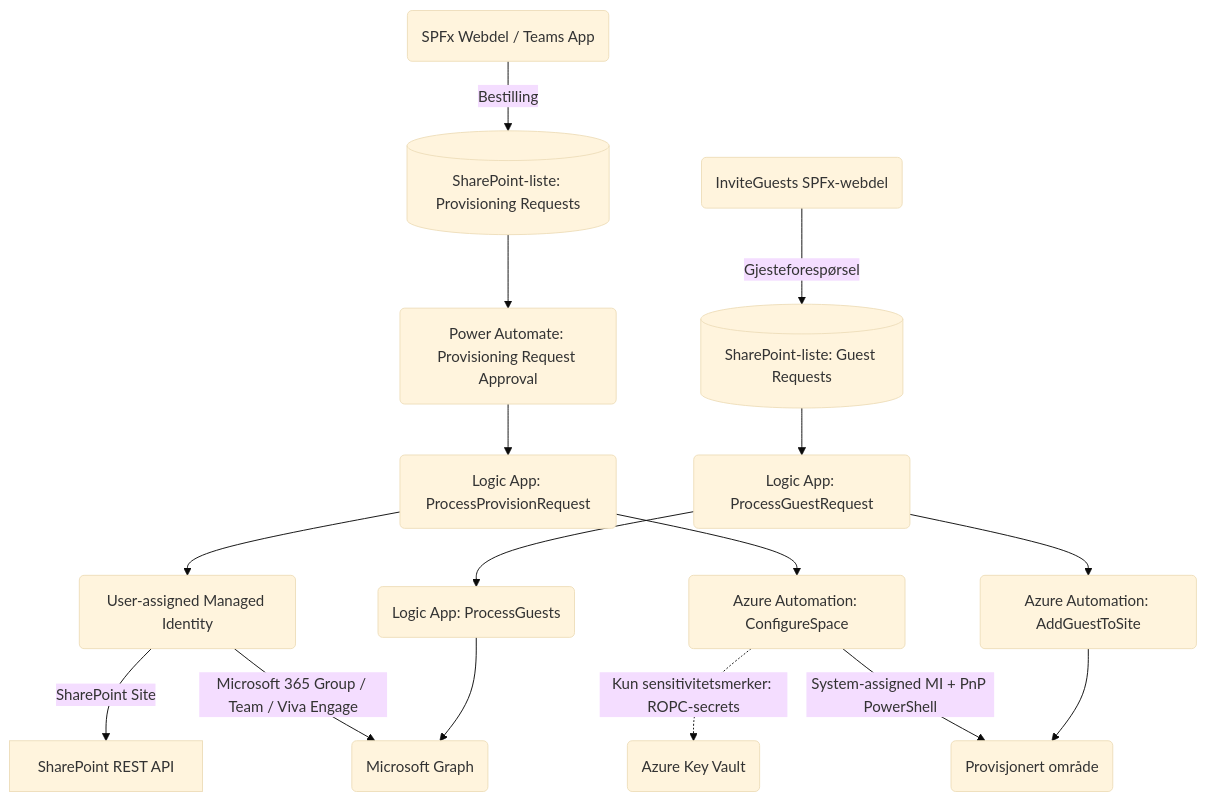
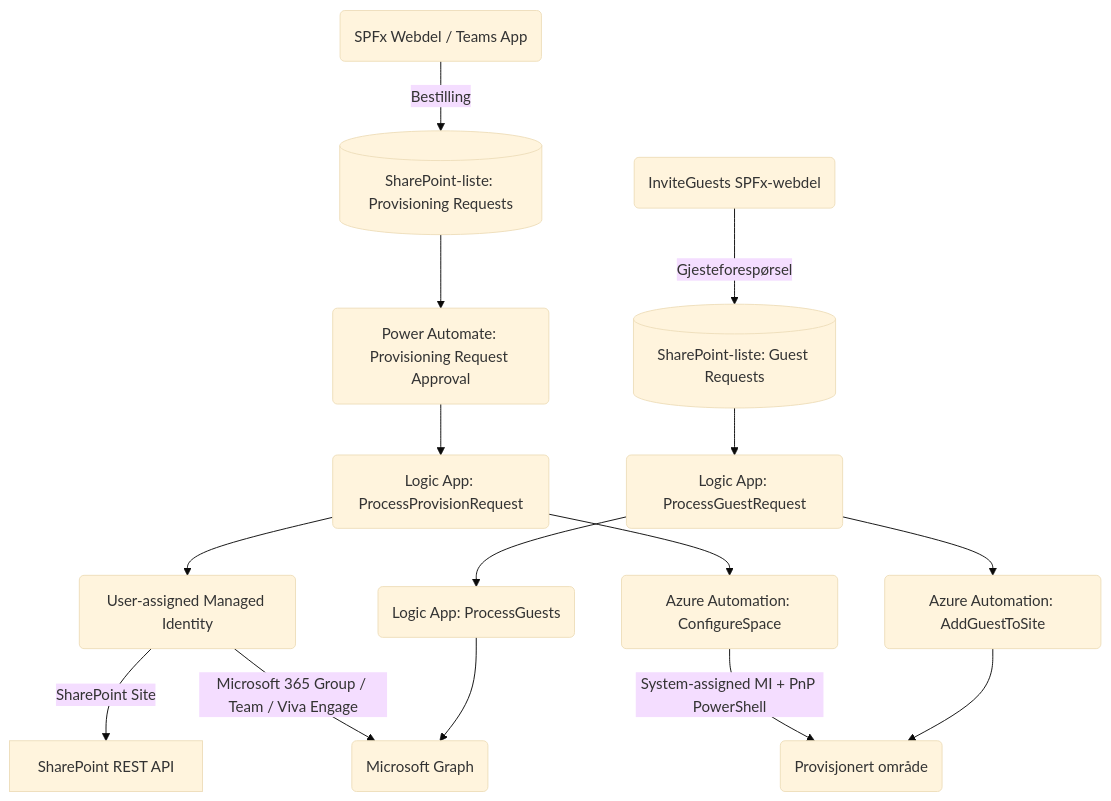
One commit to Puzzlepart/bestillingsportalen changed the first of 2 diagrams in Teknisk-losningsbeskrivelse.md. Above: the diagram before and after it, drawn with Mermaid (base theme). The commit also changed other lines of this file and 8 other files, not shown here.

First line of the commit message:
Oppdater dokumentasjonen etter at ROPC, Key Vault og Entra ID-appen er fjernet

````diff
--- a/Teknisk-losningsbeskrivelse.md
+++ b/Teknisk-losningsbeskrivelse.md
@@ -15,15 +15,14 @@
 ``` mermaid
 graph TD
     A(SPFx Webdel / Teams App) --> |Bestilling| B[(SharePoint-liste: Provisioning Requests)]
     B --> C(Power Automate: Provisioning Request Approval)
     C --> D(Logic App: ProcessProvisionRequest)
     D --> E(User-assigned Managed Identity)
     E --> |SharePoint Site| H[SharePoint REST API]
     E --> |Microsoft 365 Group / Team / Viva Engage| I(Microsoft Graph)
     D --> K(Azure Automation: ConfigureSpace)
-    K -.-> |Kun sensitivitetsmerker: ROPC-secrets| F(Azure Key Vault)
     K --> |System-assigned MI + PnP PowerShell| M(Provisjonert område)
     N(InviteGuests SPFx-webdel) --> |Gjesteforespørsel| O[(SharePoint-liste: Guest Requests)]
     O --> P(Logic App: ProcessGuestRequest) --> Q(Logic App: ProcessGuests) --> I
     P --> R(Azure Automation: AddGuestToSite) --> M
 ```
````
